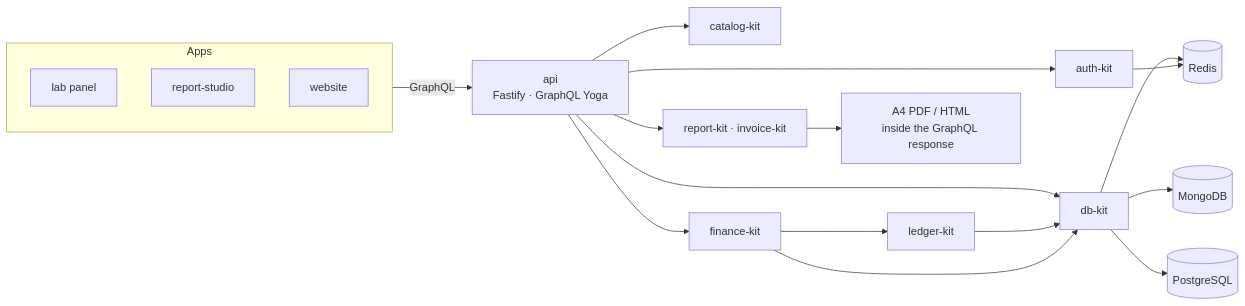
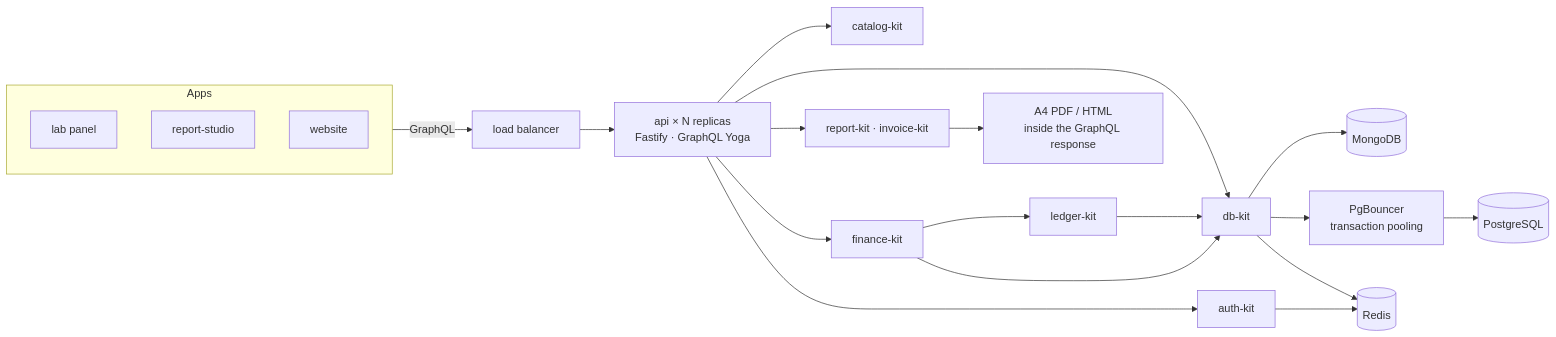
The diagram in profile/README.md (mgpl-diagnostics/.github), drawn with Mermaid before and after one commit. The commit also changed other lines of this file and 1 other file, not shown here.

Commit message:
docs(profile): api replicas and PgBouncer in the stack
Claude-Session: https://claude.ai/code/session_01Dcqyj37vsGrmgdnp7DLbkn

````diff
--- a/profile/README.md
+++ b/profile/README.md
@@ -131,22 +132,24 @@
 ```mermaid
 flowchart LR
   subgraph Apps
     P[lab panel]
     S[report-studio]
     W[website]
   end
-  Apps -->|"GraphQL"| API["api<br/>Fastify · GraphQL Yoga"]
+  Apps -->|"GraphQL"| LB["load balancer"]
+  LB --> API["api × N replicas<br/>Fastify · GraphQL Yoga"]
   API --> AUTH[auth-kit]
   API --> DB[db-kit]
   API --> CAT[catalog-kit]
   API --> RND["report-kit · invoice-kit"]
   API --> FIN[finance-kit]
   FIN --> BOOKS[ledger-kit]
   BOOKS --> DB
   FIN --> DB
   DB --> M[(MongoDB)]
-  DB --> PG[(PostgreSQL)]
+  DB --> PGB["PgBouncer<br/>transaction pooling"]
+  PGB --> PG[(PostgreSQL)]
   DB --> R[(Redis)]
   AUTH --> R
   RND --> PDF["A4 PDF / HTML<br/>inside the GraphQL response"]
 ```
````
